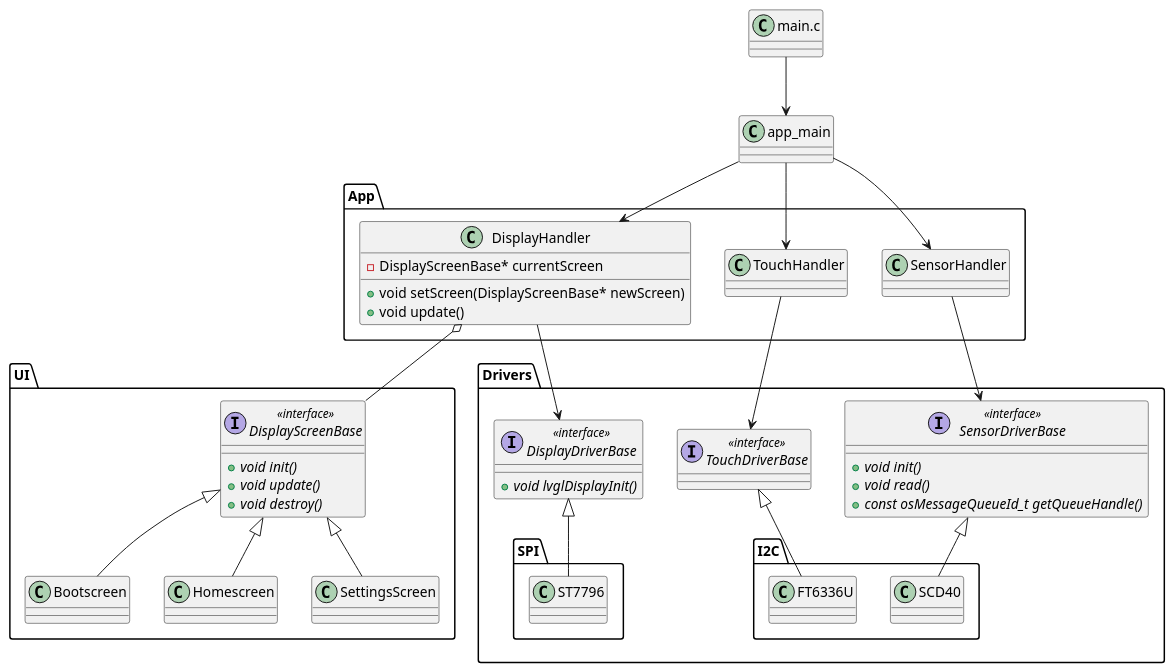
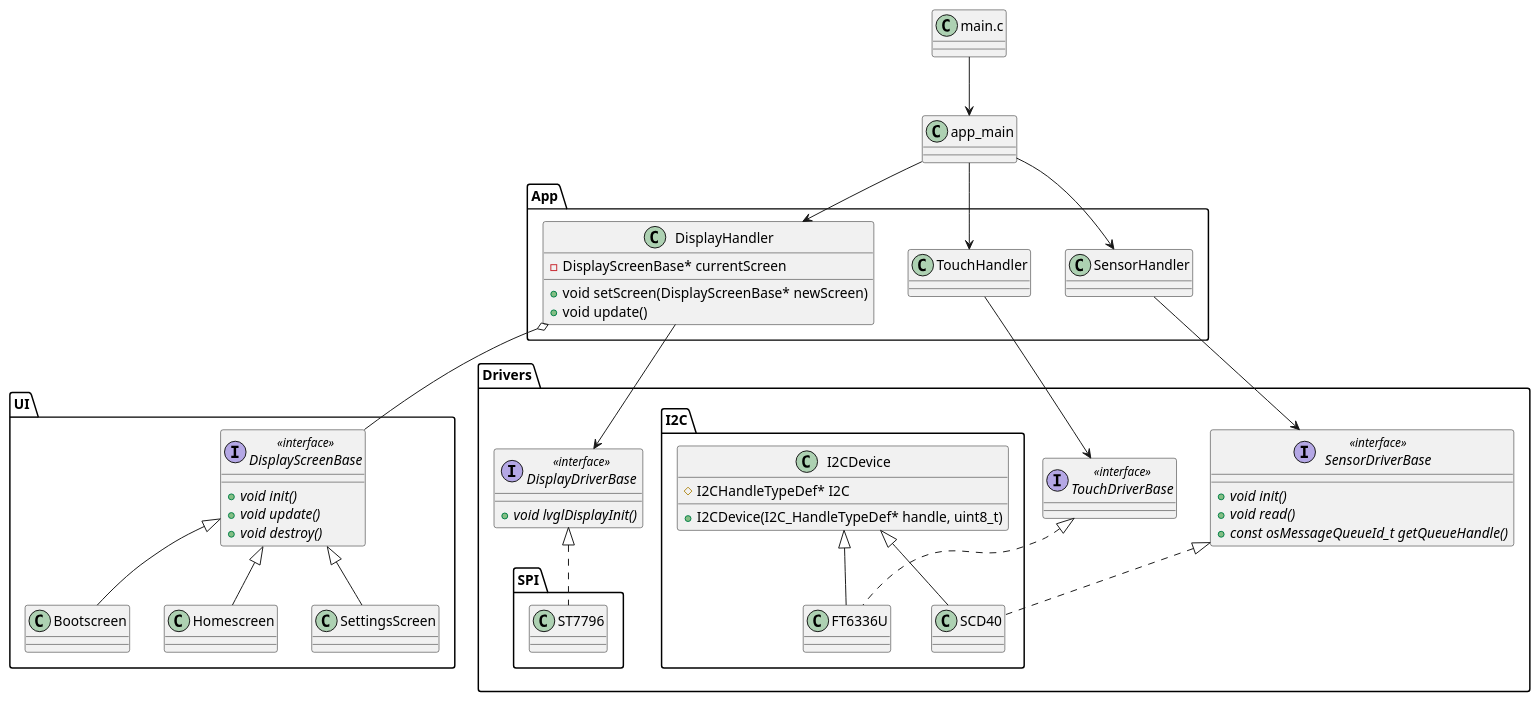
Before and after one commit to CookieLover3000/Co2-Sensor-PoC: the diagram in Docs/class.puml, drawn with PlantUML. The commit also changed 10 other files, not shown here.

```diff
--- a/Docs/class.puml
+++ b/Docs/class.puml
@@ -1,92 +1,100 @@
 @startuml Co2 Monitor Class Diagram
 class "main.c" as MainC {
 
 }
 
 class app_main {
 
 }
 namespace App {
     class DisplayHandler {
         - DisplayScreenBase* currentScreen
         + void setScreen(DisplayScreenBase* newScreen)
         + void update()
     }
     class TouchHandler {
 
     }
     class SensorHandler {
 
     }
 }
 
 namespace UI {
 
     Interface DisplayScreenBase <<interface>>{
         + {abstract} void init()
         + {abstract} void update()
         + {abstract} void destroy()
     }
     
     class Bootscreen {
 
     }
     class Homescreen {
 
     }
     class SettingsScreen {
 
     }
 }
 
 namespace Drivers {
 
     interface DisplayDriverBase <<interface>>{
         + {abstract} void lvglDisplayInit()
     }
 
     interface TouchDriverBase <<interface>>{
 
     }
 
     interface SensorDriverBase <<interface>>{
         + {abstract} void init()
         + {abstract} void read()
         + {abstract} const osMessageQueueId_t getQueueHandle()
     }
 
     namespace SPI {
         class ST7796 {
 
         }
     }
     namespace I2C {
+        class I2CDevice {
+            # I2CHandleTypeDef* I2C
+            + I2CDevice(I2C_HandleTypeDef* handle, uint8_t)
+        }
+
+
         class FT6336U {
 
         }
 
         class SCD40 {
 
         }
     }
 }
 
-
-' This syntax means Circle implements Shape
+'Relations
 MainC --> app_main
 app_main --> DisplayHandler
 app_main --> TouchHandler
 app_main --> SensorHandler
 
 DisplayHandler --> DisplayDriverBase
 DisplayHandler o-- DisplayScreenBase
 DisplayScreenBase <|-- Homescreen
 DisplayScreenBase <|-- SettingsScreen
 DisplayScreenBase <|-- Bootscreen
 TouchHandler --> TouchDriverBase
 SensorHandler --> SensorDriverBase
 
-DisplayDriverBase <|-- ST7796
-TouchDriverBase <|-- FT6336U
-SensorDriverBase <|-- SCD40
+I2CDevice <|-- FT6336U
+I2CDevice <|-- SCD40
+
+DisplayDriverBase <|.. ST7796
+TouchDriverBase <|.. FT6336U
+SensorDriverBase <|.. SCD40
 @enduml
```
